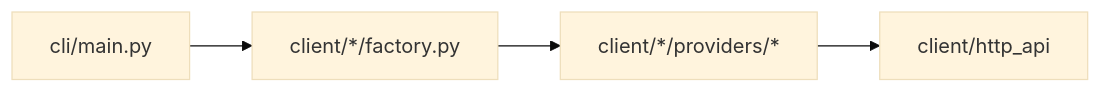
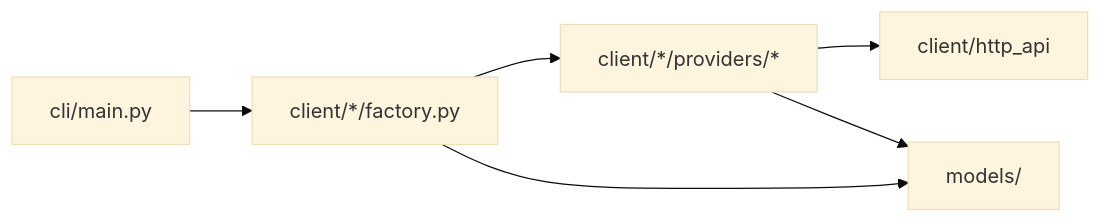
One commit to Kultrol/mydash changed the second of 2 diagrams in README.md. Above: the diagram before and after it, drawn with Mermaid (base theme). The commit also changed other lines of this file and 1 other file, not shown here.

````diff
--- a/README.md
+++ b/README.md
@@ -61,8 +67,11 @@
 ```mermaid
 flowchart LR
     CLI["cli/main.py"]
+    Models["models/"]
     Factories["client/*/factory.py"]
     Providers["client/*/providers/*"]
     HttpApi["client/http_api"]
     CLI --> Factories --> Providers --> HttpApi
+    Factories --> Models
+    Providers --> Models
 ```
````
